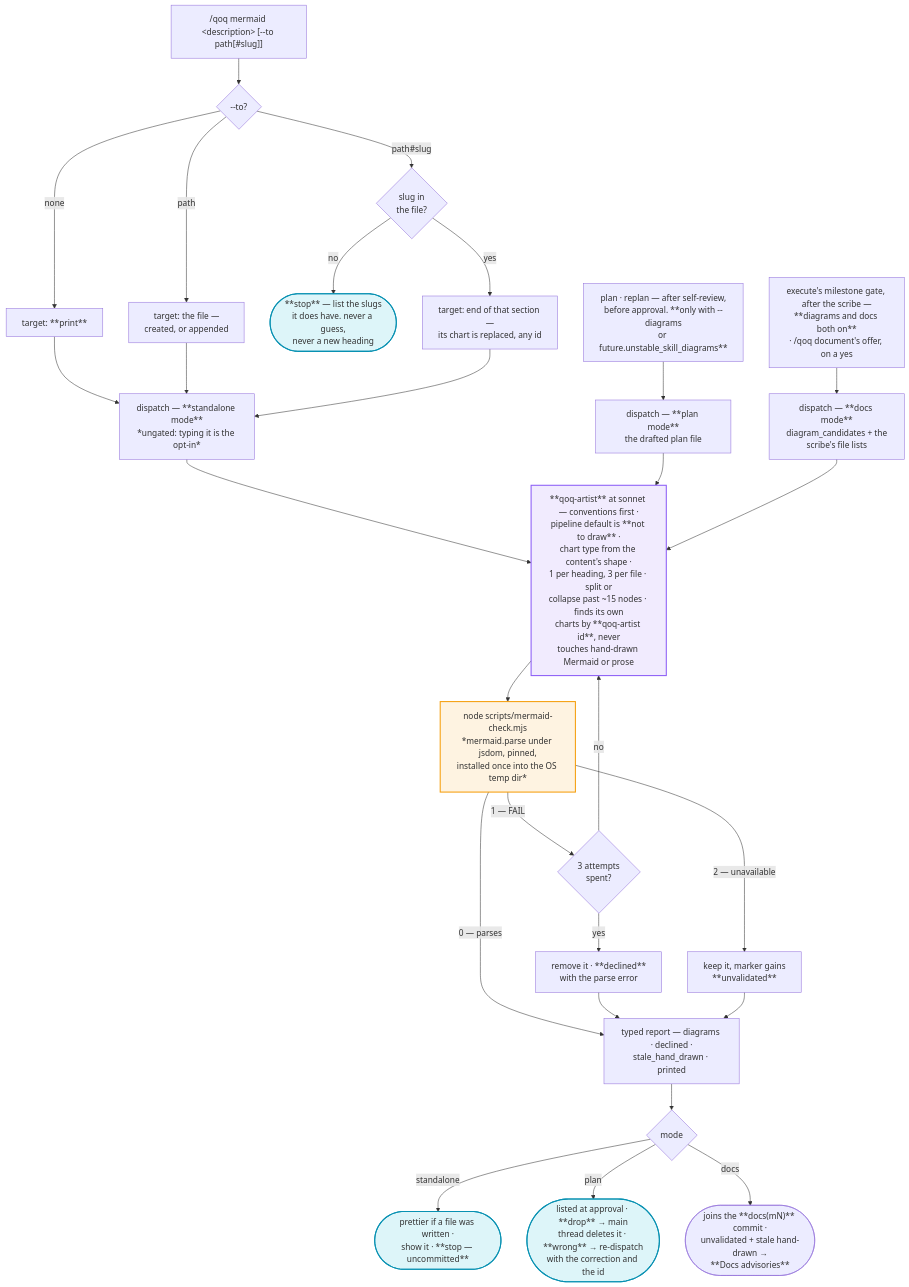
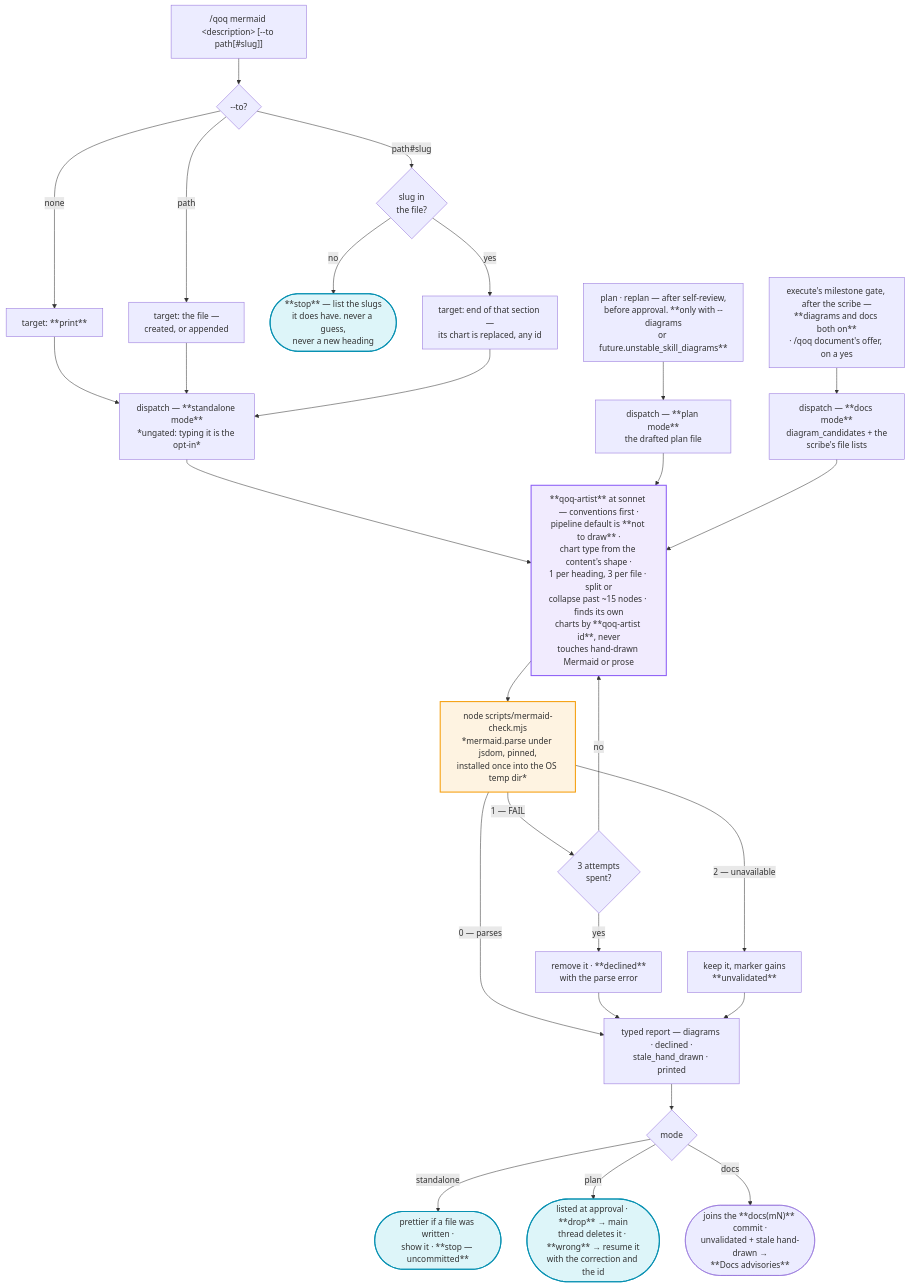
Diagram 12 of 14 in docs/qoq-workflows.md (ladamczyk-it/qoq), drawn with Mermaid before and after one commit. The commit also changed other lines of this file and 7 other files, not shown here.

````diff
--- a/docs/qoq-workflows.md
+++ b/docs/qoq-workflows.md
@@ -749,42 +750,42 @@
 ```mermaid
 flowchart TD
     MQ["/qoq mermaid &lt;description&gt; [--to path[#slug]]"] --> MTO{"--to?"}
     MTO -->|none| MPRINT["target: **print**"]
     MTO -->|path| MPATH["target: the file —<br/>created, or appended"]
     MTO -->|"path#slug"| MSLUG{"slug in<br/>the file?"}
     MSLUG -->|no| MSTOP(["**stop** — list the slugs<br/>it does have. never a guess,<br/>never a new heading"])
     MSLUG -->|yes| MSEC["target: end of that section —<br/>its chart is replaced, any id"]
     MPRINT --> MDISP
     MPATH --> MDISP
     MSEC --> MDISP["dispatch — **standalone mode**<br/>*ungated: typing it is the opt-in*"]
 
     MPLAN["plan · replan — after self-review,<br/>before approval. **only with --diagrams<br/>or future.unstable_skill_diagrams**"] --> MPD["dispatch — **plan mode**<br/>the drafted plan file"]
     MEXEC["execute's milestone gate, after the scribe —<br/>**diagrams and docs both on**<br/>· /qoq document's offer, on a yes"] --> MDD["dispatch — **docs mode**<br/>diagram_candidates + the<br/>scribe's file lists"]
 
     MDISP --> MART
     MPD --> MART
     MDD --> MART
 
     MART["**qoq-artist** at sonnet — conventions first ·<br/>pipeline default is **not to draw** ·<br/>chart type from the content's shape ·<br/>1 per heading, 3 per file · split or<br/>collapse past ~15 nodes · finds its own<br/>charts by **qoq-artist id**, never<br/>touches hand-drawn Mermaid or prose"]
     MART --> MCHECK["node scripts/mermaid-check.mjs<br/>*mermaid.parse under jsdom, pinned,<br/>installed once into the OS temp dir*"]
     MCHECK -->|"1 — FAIL"| MFIX{"3 attempts<br/>spent?"}
     MFIX -->|no| MART
     MFIX -->|yes| MDECL["remove it · **declined**<br/>with the parse error"]
     MCHECK -->|"2 — unavailable"| MUNV["keep it, marker gains<br/>**unvalidated**"]
     MCHECK -->|"0 — parses"| MRET
     MDECL --> MRET
     MUNV --> MRET["typed report — diagrams · declined ·<br/>stale_hand_drawn · printed"]
 
     MRET --> MMODE{"mode"}
     MMODE -->|standalone| MSHOW(["prettier if a file was written ·<br/>show it · **stop — uncommitted**"])
-    MMODE -->|plan| MAPPR(["listed at approval · **drop** → main<br/>thread deletes it · **wrong** → re-dispatch<br/>with the correction and the id"])
+    MMODE -->|plan| MAPPR(["listed at approval · **drop** → main<br/>thread deletes it · **wrong** → resume it<br/>with the correction and the id"])
     MMODE -->|docs| MDOCS(["joins the **docs(mN)** commit ·<br/>unvalidated + stale hand-drawn →<br/>**Docs advisories**"])
 
     classDef agent fill:#8b5cf61f,stroke:#8b5cf6,stroke-width:2px
     classDef user fill:#06b6d422,stroke:#0891b2,stroke-width:2px
     classDef note fill:#f59e0b1f,stroke:#f59e0b,stroke-width:2px
 
     class MART agent
     class MSTOP,MAPPR,MSHOW user
     class MCHECK note
 ```
````
